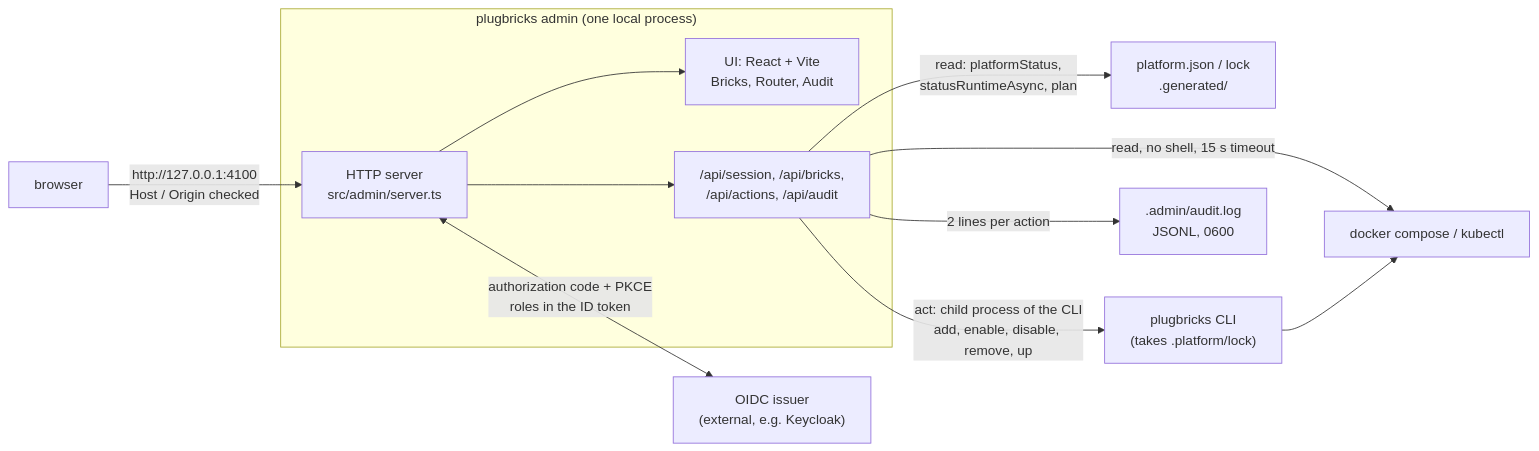
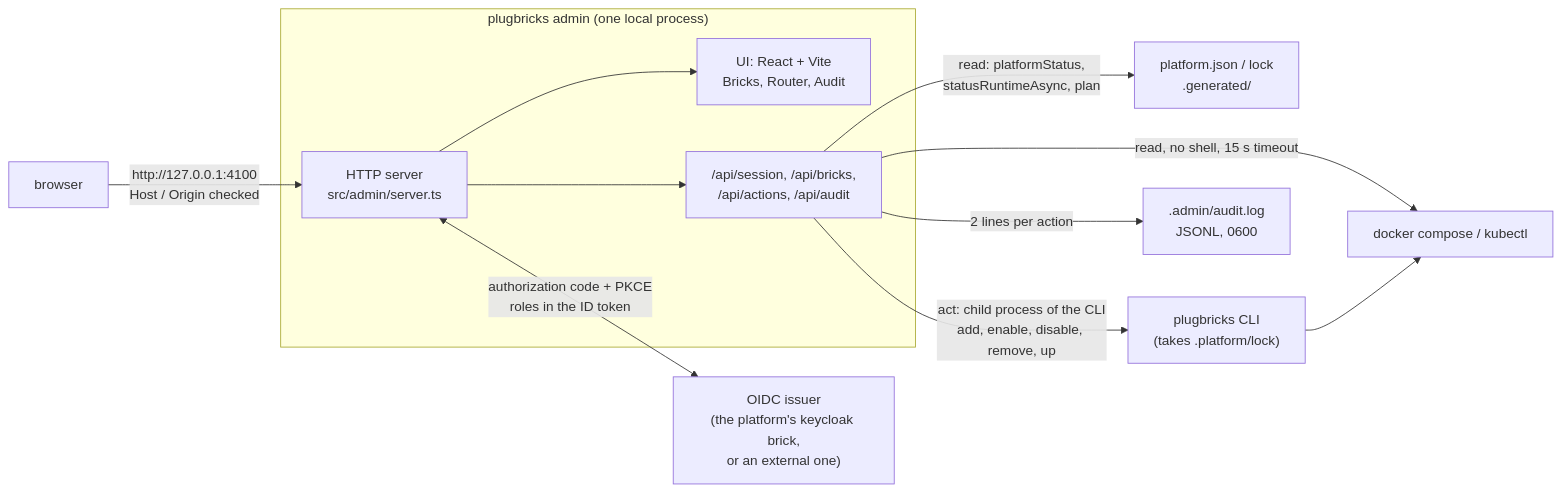
One commit to rudney5000/plugbricks changed the sixth of 6 diagrams in docs/architecture.md. Above: the diagram before and after it, drawn with Mermaid. The commit also changed other lines of this file, not shown here.

First line of the commit message:
docs: update the architecture for web bricks, tokens and Keycloak (D17-D20)

````diff
--- a/docs/architecture.md
+++ b/docs/architecture.md
@@ -242,14 +283,14 @@
 ```mermaid
 flowchart LR
   U["browser"] -->|"http://127.0.0.1:4100<br/>Host / Origin checked"| S
   subgraph ADM["plugbricks admin (one local process)"]
     S["HTTP server<br/>src/admin/server.ts"] --> UI["UI: React + Vite<br/>Bricks, Router, Audit"]
     S --> API["/api/session, /api/bricks,<br/>/api/actions, /api/audit"]
   end
-  S <-->|"authorization code + PKCE<br/>roles in the ID token"| IDP["OIDC issuer<br/>(external, e.g. Keycloak)"]
+  S <-->|"authorization code + PKCE<br/>roles in the ID token"| IDP["OIDC issuer<br/>(the platform's keycloak brick,<br/>or an external one)"]
   API -->|"read: platformStatus,<br/>statusRuntimeAsync, plan"| FILES["platform.json / lock<br/>.generated/"]
   API -->|"read, no shell, 15 s timeout"| RT["docker compose / kubectl"]
   API -->|"act: child process of the CLI<br/>add, enable, disable, remove, up"| CLI["plugbricks CLI<br/>(takes .platform/lock)"]
   CLI --> RT
   API -->|"2 lines per action"| AUD[".admin/audit.log<br/>JSONL, 0600"]
 ```
````
